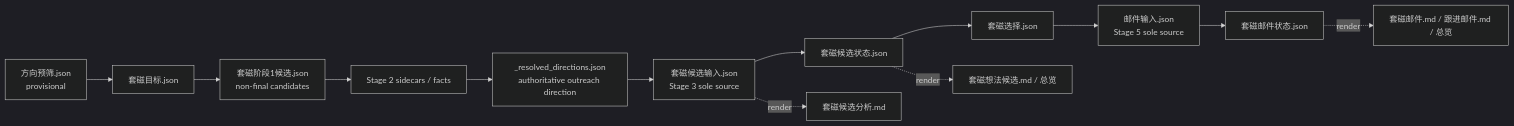
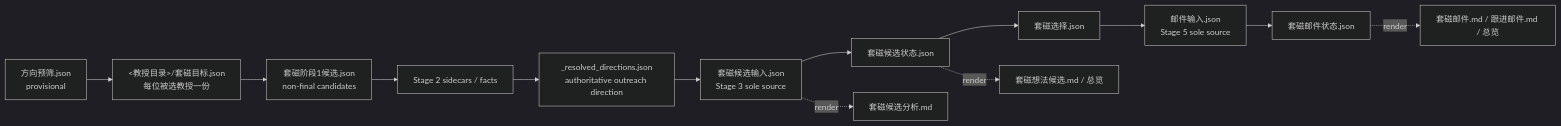
One commit to ScholarWorkflow/professor-contact changed the eighth of 10 diagrams in .apm/skills/professor-contact/docs/workflow-reference.md. Above: the diagram before and after it, drawn with Mermaid (dark theme). The commit also changed other lines of this file and 27 other files, not shown here.

````diff
--- a/.apm/skills/professor-contact/docs/workflow-reference.md
+++ b/.apm/skills/professor-contact/docs/workflow-reference.md
@@ -288,22 +292,22 @@
 ```mermaid
 flowchart LR
     P["方向预筛.json<br/>provisional"]
-    T["套磁目标.json"]
+    T["<教授目录>/套磁目标.json<br/>每位被选教授一份"]
     C["套磁阶段1候选.json<br/>non-final candidates"]
     E["Stage 2 sidecars / facts"]
     R["_resolved_directions.json<br/>authoritative outreach direction"]
     I["套磁候选输入.json<br/>Stage 3 sole source"]
     S["套磁候选状态.json"]
     SEL["套磁选择.json"]
     M["邮件输入.json<br/>Stage 5 sole source"]
     ES["套磁邮件状态.json"]
 
     MD2["套磁候选分析.md"]
     MD3["套磁想法候选.md / 总览"]
     MD5["套磁邮件.md / 跟进邮件.md / 总览"]
 
     P --> T --> C --> E --> R --> I --> S --> SEL --> M --> ES
     I -.->|"render"| MD2
     S -.->|"render"| MD3
     ES -.->|"render"| MD5
 ```
````
